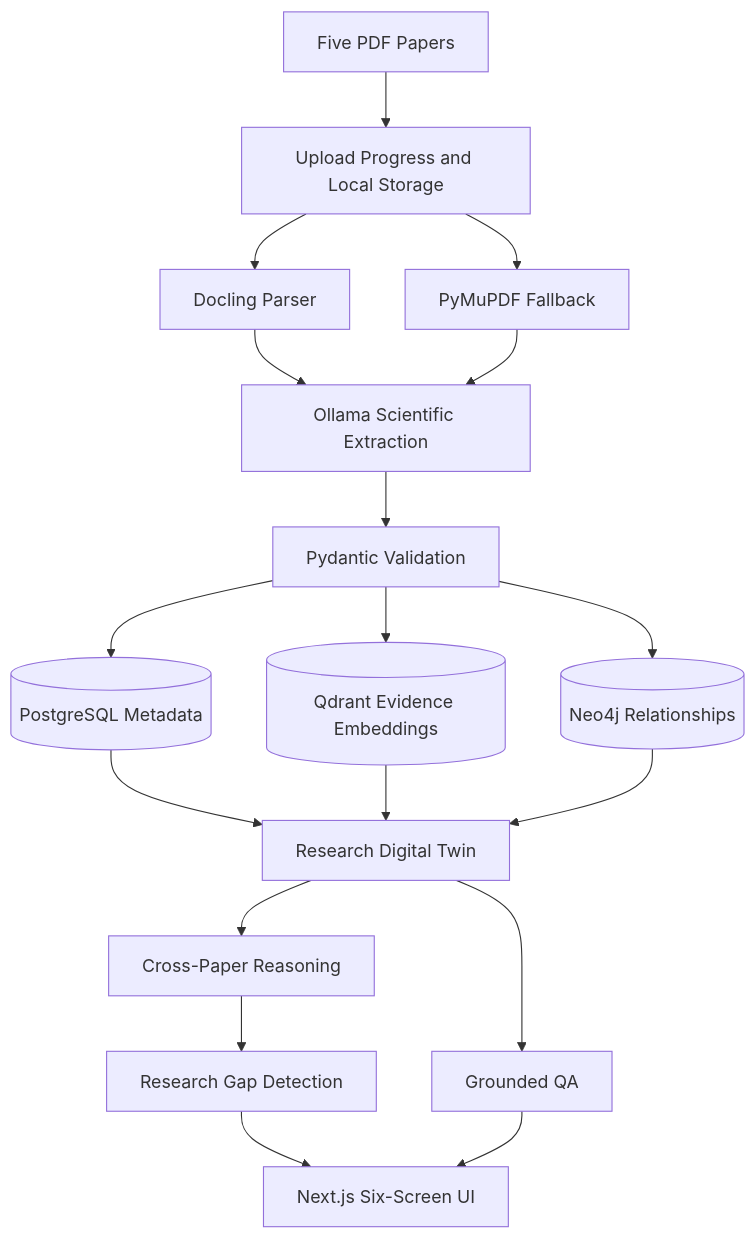
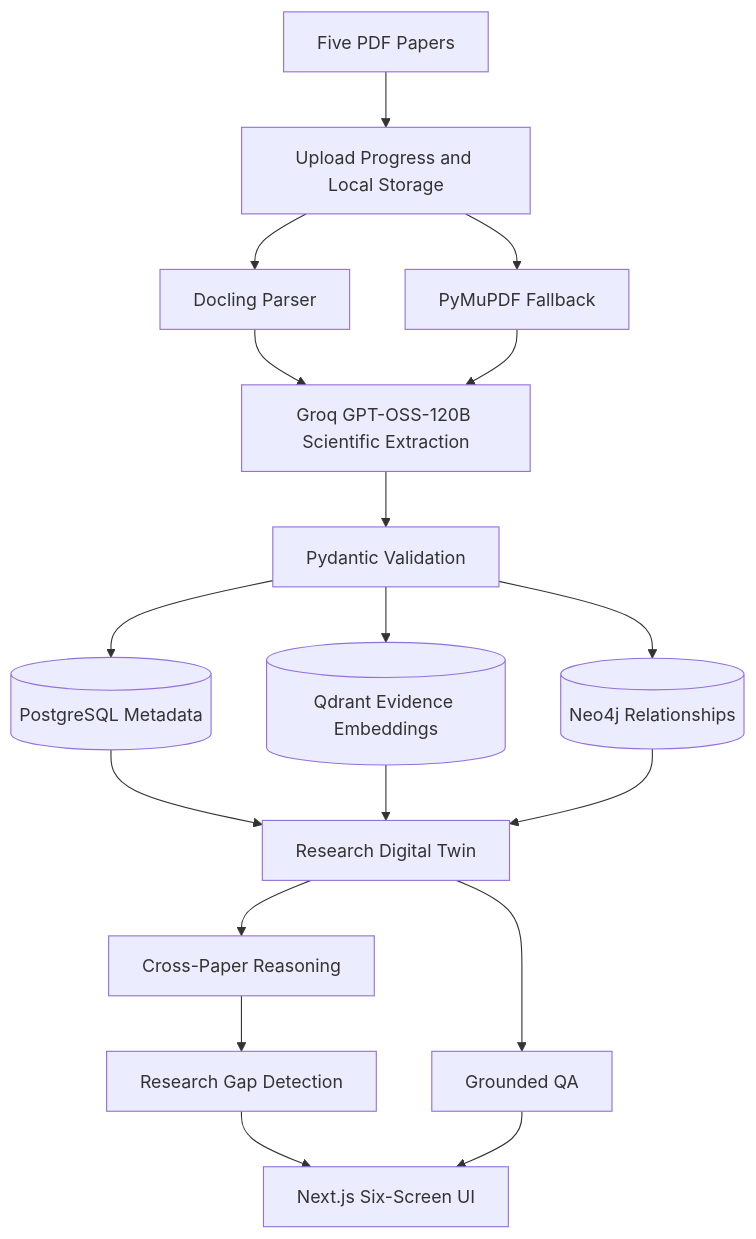
One commit to farahalmujaljel/Burhan changed the first of 2 diagrams in docs/ARCHITECTURE.md. Above: the diagram before and after it, drawn with Mermaid. The commit also changed other lines of this file and 9 other files, not shown here.

Commit message:
Replace Ollama with Groq GPT-OSS model

````diff
--- a/docs/ARCHITECTURE.md
+++ b/docs/ARCHITECTURE.md
@@ -5,35 +5,35 @@
 ```mermaid
 flowchart TD
     A[Five PDF Papers]
     B[Upload Progress and Local Storage]
     C[Docling Parser]
     D[PyMuPDF Fallback]
-    E[Ollama Scientific Extraction]
+    E[Groq GPT-OSS-120B Scientific Extraction]
     F[Pydantic Validation]
     G[(PostgreSQL Metadata)]
     H[(Qdrant Evidence Embeddings)]
     I[(Neo4j Relationships)]
     J[Research Digital Twin]
     K[Cross-Paper Reasoning]
     L[Research Gap Detection]
     M[Grounded QA]
     N[Next.js Six-Screen UI]
 
     A --> B
     B --> C
     C --> E
     B --> D
     D --> E
     E --> F
     F --> G
     F --> H
     F --> I
     G --> J
     H --> J
     I --> J
     J --> K
     K --> L
     J --> M
     L --> N
     M --> N
 ```
````
